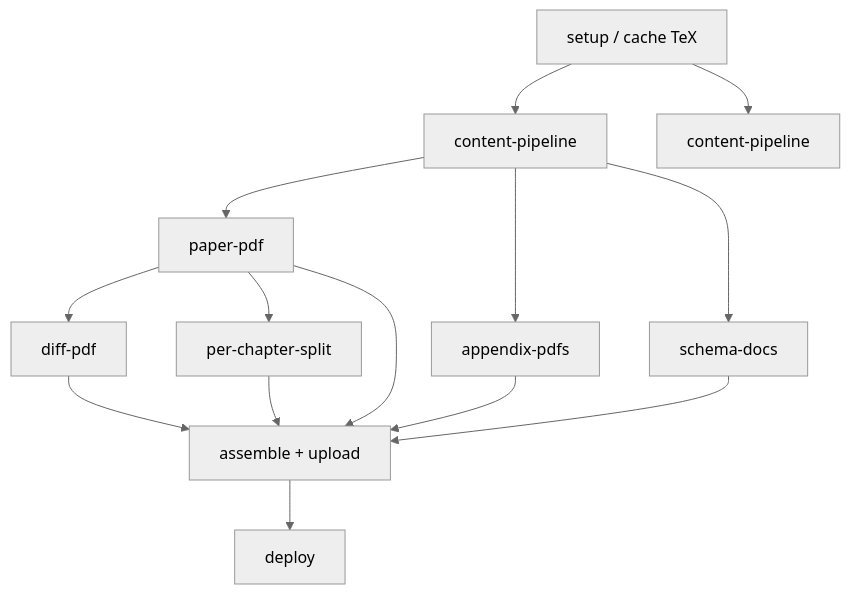
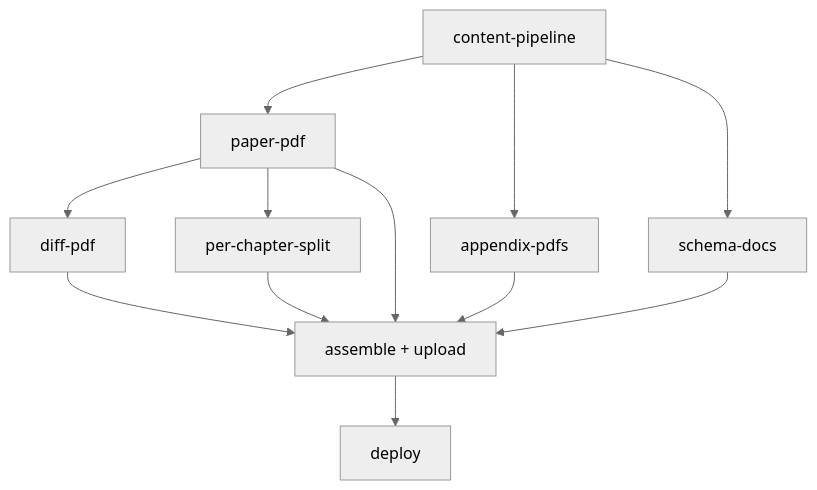
The second of 2 diagrams in docs/workplans/2026-05-24-publish-yml-parallelization-plan.md (litlfred/qou), drawn with Mermaid (neutral theme) before and after one commit. The commit also changed other lines of this file, not shown here.

````diff
--- a/docs/workplans/2026-05-24-publish-yml-parallelization-plan.md
+++ b/docs/workplans/2026-05-24-publish-yml-parallelization-plan.md
@@ -31,12 +37,10 @@
 ```mermaid
 flowchart TD
-  S[setup / cache TeX] --> P[content-pipeline]
-  S --> R[content-pipeline]
-  P --> M[paper-pdf]
+  P[content-pipeline] --> M[paper-pdf]
   P --> A[appendix-pdfs]
+  P --> SD[schema-docs]
   M --> D[diff-pdf]
   M --> C[per-chapter-split]
-  P --> SD[schema-docs]
   M & A & D & C & SD --> AS[assemble + upload]
   AS --> DP[deploy]
 ```
````
